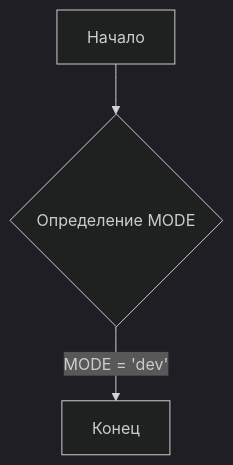
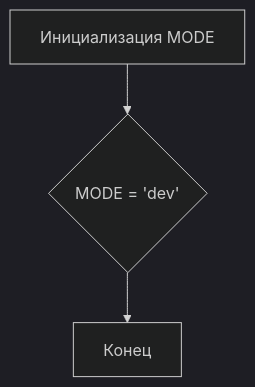
One commit to hypo69/hypo changed the first of 2 diagrams in docs/gemini/ru/explainer/src/utils/iso/__init__.md. Above: the diagram before and after it, drawn with Mermaid (dark theme). The commit also changed other lines of this file and 311 other files, not shown here.

````diff
--- a/docs/gemini/ru/explainer/src/utils/iso/__init__.md
+++ b/docs/gemini/ru/explainer/src/utils/iso/__init__.md
@@ -25,5 +27,5 @@
 ```mermaid
 graph TD
-    A[Начало] --> B{Определение MODE};
-    B -- MODE = 'dev' --> C[Конец];
+    A[Инициализация MODE] --> B{MODE = 'dev'};
+    B --> C[Конец];
 ```
````
